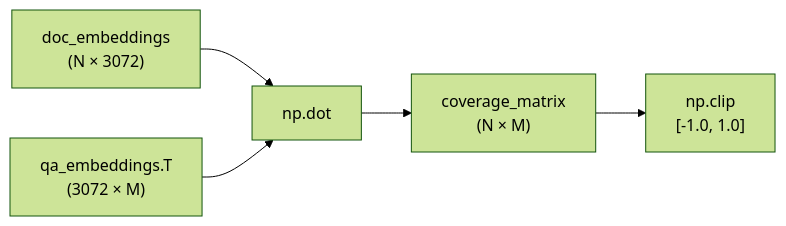
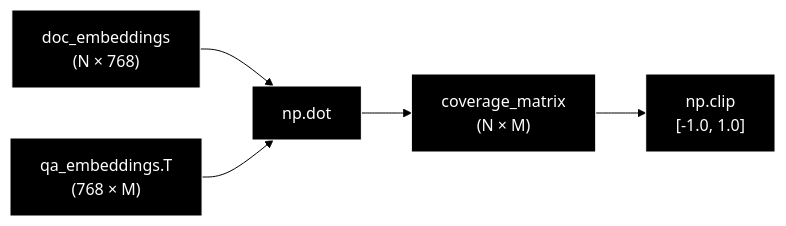
Before and after one commit to nakashima2toshio/ollama_grace_agent_v2: the sixth of 6 diagrams in qa_generation/doc/evaluation.md, drawn with Mermaid (forest theme). The commit also changed other lines of this file and 7 other files, not shown here.

````diff
--- a/qa_generation/doc/evaluation.md
+++ b/qa_generation/doc/evaluation.md
@@ -343,7 +373,10 @@
 ```mermaid
 flowchart LR
-    A["doc_embeddings<br>(N × 3072)"] --> C["np.dot"]
-    B["qa_embeddings.T<br>(3072 × M)"] --> C
+    A["doc_embeddings<br>(N × 768)"] --> C["np.dot"]
+    B["qa_embeddings.T<br>(768 × M)"] --> C
     C --> D["coverage_matrix<br>(N × M)"]
     D --> E["np.clip<br>[-1.0, 1.0]"]
+classDef default fill:#000,stroke:#fff,color:#fff
+classDef subgraphStyle fill:#1a1a1a,stroke:#fff,color:#fff
+class A,B,C,D,E default
 ```
````
